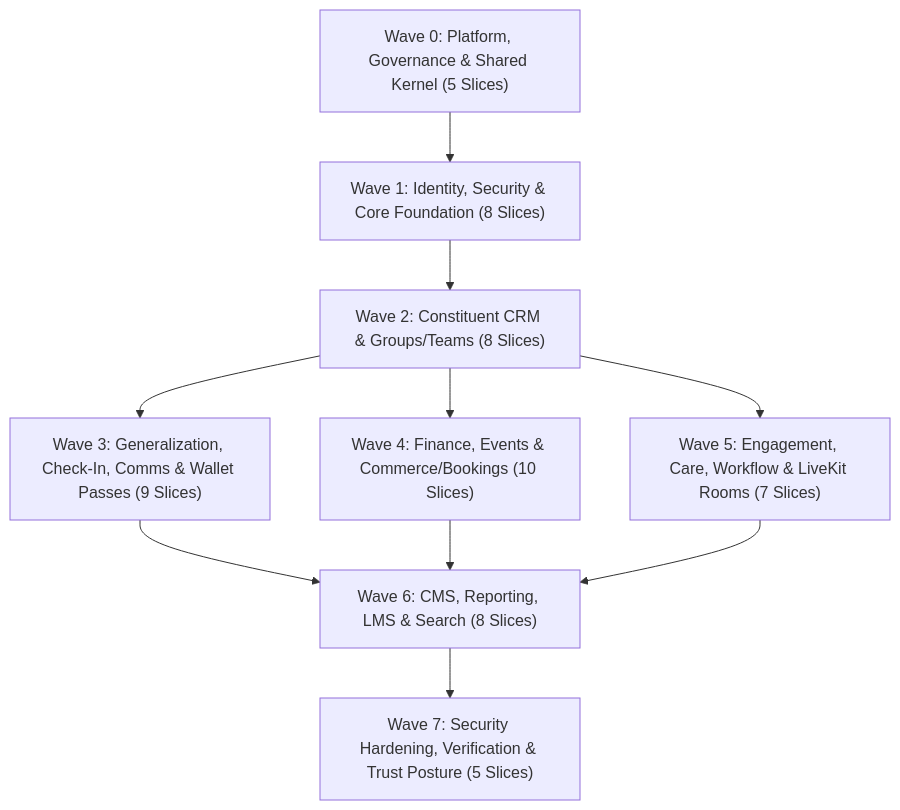
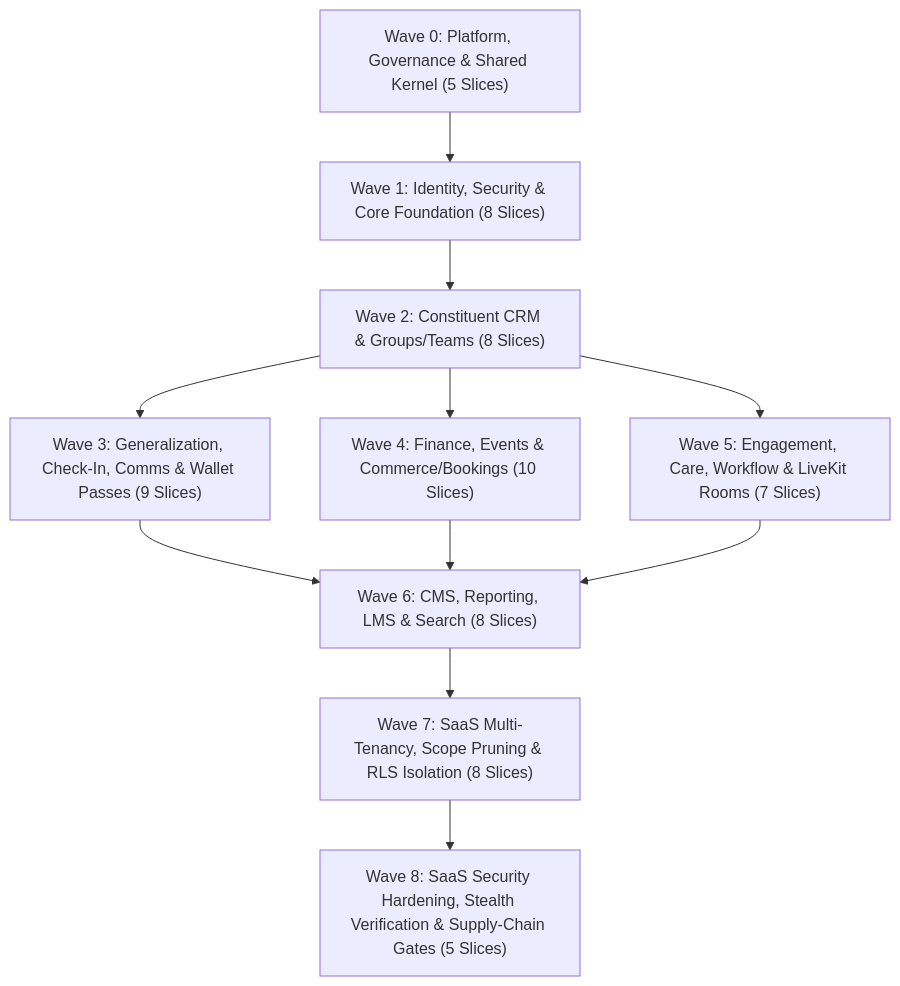
The second of 2 diagrams in docs/IMPLEMENTATION_PLAN.md (reginald-chapple/Ruth), drawn with Mermaid before and after one commit. The commit also changed other lines of this file and 731 other files, not shown here.

````diff
--- a/docs/IMPLEMENTATION_PLAN.md
+++ b/docs/IMPLEMENTATION_PLAN.md
@@ -149,12 +151,13 @@
 ```mermaid
 flowchart TD
     W0["Wave 0: Platform, Governance & Shared Kernel (5 Slices)"] --> W1["Wave 1: Identity, Security & Core Foundation (8 Slices)"]
     W1 --> W2["Wave 2: Constituent CRM & Groups/Teams (8 Slices)"]
     W2 --> W3["Wave 3: Generalization, Check-In, Comms & Wallet Passes (9 Slices)"]
     W2 --> W4["Wave 4: Finance, Events & Commerce/Bookings (10 Slices)"]
     W2 --> W5["Wave 5: Engagement, Care, Workflow & LiveKit Rooms (7 Slices)"]
     W3 --> W6["Wave 6: CMS, Reporting, LMS & Search (8 Slices)"]
     W4 --> W6
     W5 --> W6
-    W6 --> W7["Wave 7: Security Hardening, Verification & Trust Posture (5 Slices)"]
+    W6 --> W7["Wave 7: SaaS Multi-Tenancy, Scope Pruning & RLS Isolation (8 Slices)"]
+    W7 --> W8["Wave 8: SaaS Security Hardening, Stealth Verification & Supply-Chain Gates (5 Slices)"]
 ```
````
